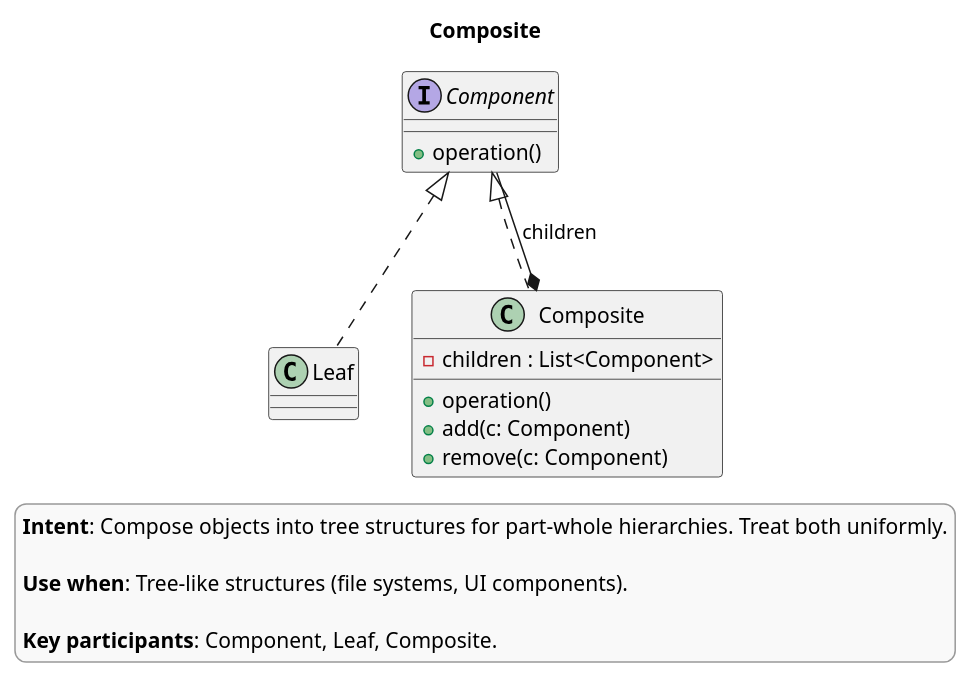
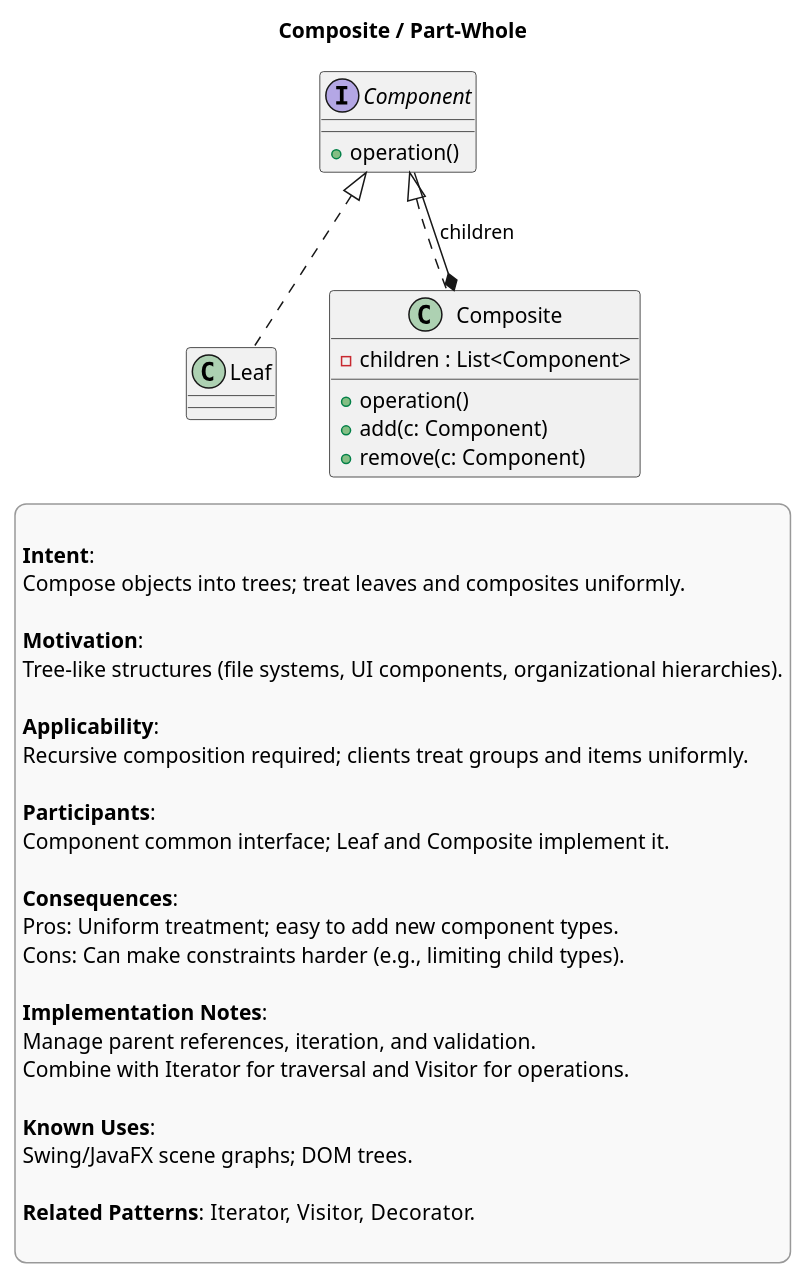
The diagram in theory/structural/composite.puml (AkselErenberk/design-patterns), drawn with PlantUML before and after one commit. The commit also changed 26 other files, not shown here.

Commit message:
design pattern class diagrams

```diff
--- a/theory/structural/composite.puml
+++ b/theory/structural/composite.puml
@@ -1,30 +1,51 @@
 @startuml
-title Composite
+title Composite / Part-Whole
 
 skinparam legendBackgroundColor #f9f9f9
 skinparam legendBorderColor #999999
 
 legend right
-**Intent**: Compose objects into tree structures for part-whole hierarchies. Treat both uniformly.
 
-**Use when**: Tree-like structures (file systems, UI components).
+**Intent**:
+Compose objects into trees; treat leaves and composites uniformly.
 
-**Key participants**: Component, Leaf, Composite.
+**Motivation**:
+Tree-like structures (file systems, UI components, organizational hierarchies).
+
+**Applicability**:
+Recursive composition required; clients treat groups and items uniformly.
+
+**Participants**:
+Component common interface; Leaf and Composite implement it.
+
+**Consequences**:
+Pros: Uniform treatment; easy to add new component types.
+Cons: Can make constraints harder (e.g., limiting child types).
+
+**Implementation Notes**:
+Manage parent references, iteration, and validation.
+Combine with Iterator for traversal and Visitor for operations.
+
+**Known Uses**:
+Swing/JavaFX scene graphs; DOM trees.
+
+**Related Patterns**: Iterator, Visitor, Decorator.
+
 endlegend
 
 interface Component {
   +operation()
 }
 
 class Leaf
 class Composite {
   +operation()
   +add(c: Component)
   +remove(c: Component)
   -children : List<Component>
 }
 
 Component <|.. Leaf
 Component <|.. Composite
 Composite *-- Component : children
 @enduml
```
